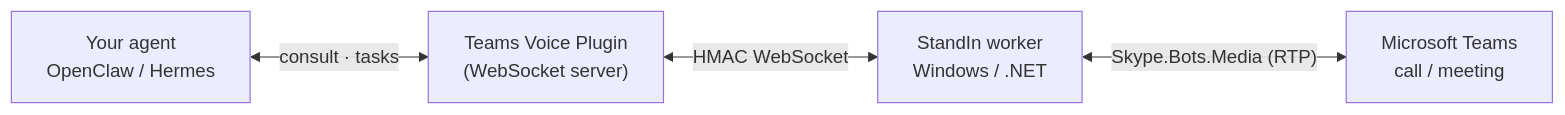
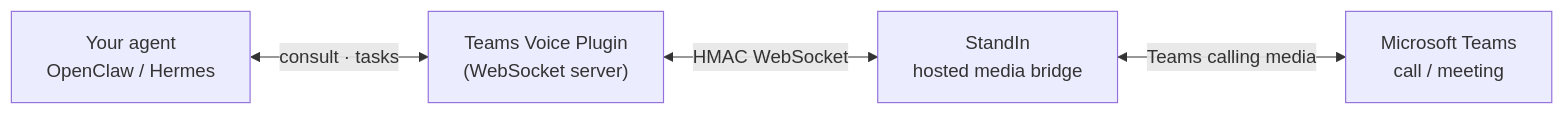
The diagram in concepts/architecture.mdx (komaa-com/docs), drawn with Mermaid before and after one commit. The commit also changed other lines of this file and 7 other files, not shown here.

First line of the commit message:
docs: reframe worker as hosted StandIn (standin.komaa.com); remove Windows/.NET + Skype.Bots.Media

````diff
--- a/concepts/architecture.mdx
+++ b/concepts/architecture.mdx
@@ -11,11 +12,11 @@
 ```mermaid
 flowchart LR
     A["Your agent<br/>OpenClaw / Hermes"]
     P["Teams Voice Plugin<br/>(WebSocket server)"]
-    W["StandIn worker<br/>Windows / .NET"]
+    S["StandIn<br/>hosted media bridge"]
     T["Microsoft Teams<br/>call / meeting"]
 
     A <-->|"consult · tasks"| P
-    P <-->|"HMAC WebSocket"| W
-    W <-->|"Skype.Bots.Media (RTP)"| T
+    P <-->|"HMAC WebSocket"| S
+    S <-->|"Teams calling media"| T
 ```
````
